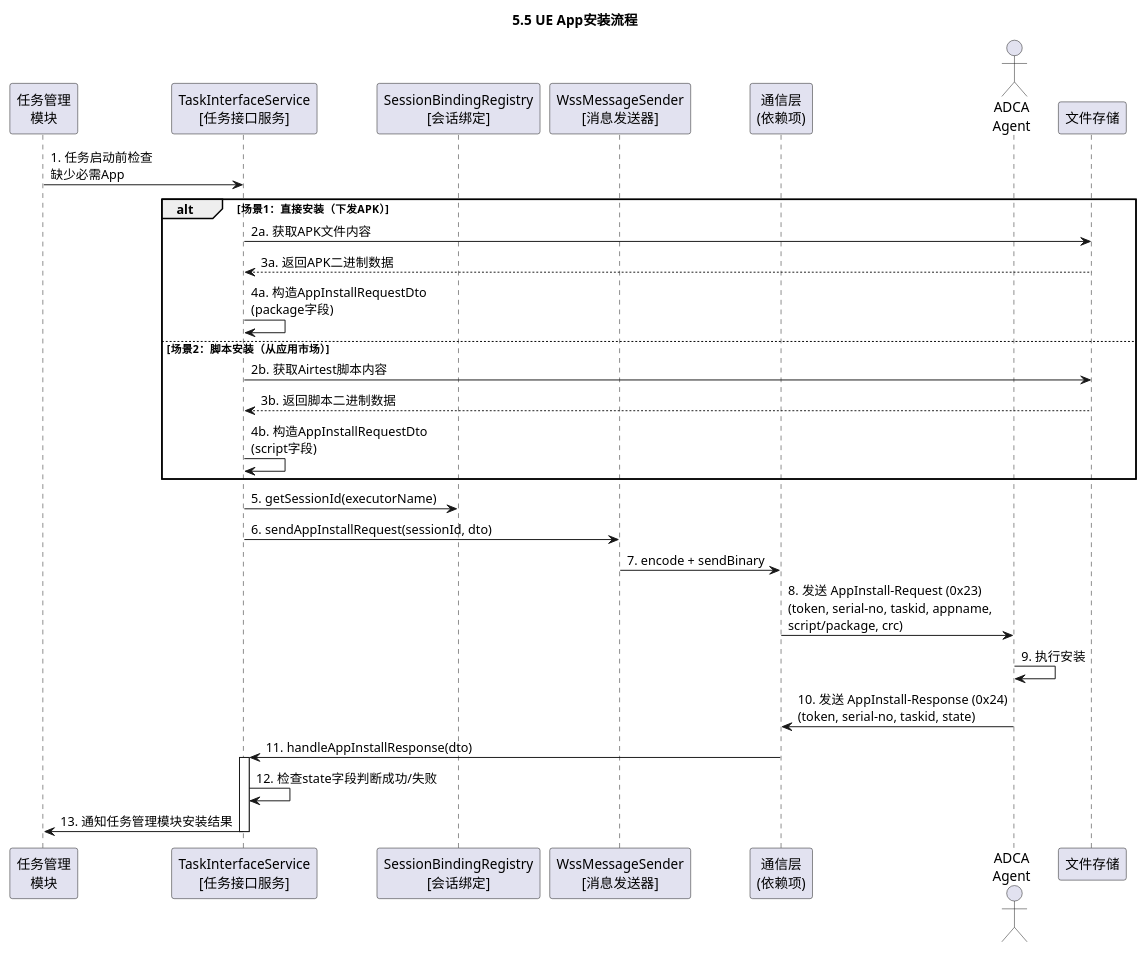
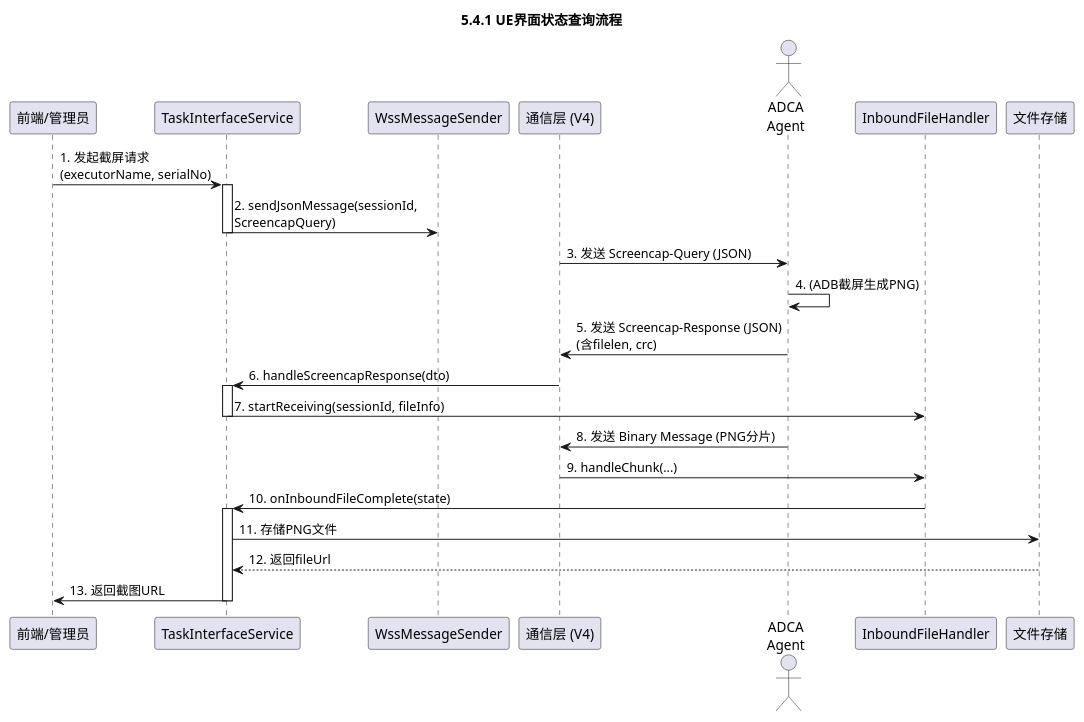
One commit to GuiHongli/DialTestCenter changed the eighth of 10 diagrams in AR软件实现设计文档/执行机管理/执行机管理-业务逻辑设计.md. Above: the diagram before and after it, drawn with PlantUML. The commit also changed other lines of this file and 48 other files, not shown here.

````diff
--- a/AR软件实现设计文档/执行机管理/执行机管理-业务逻辑设计.md
+++ b/AR软件实现设计文档/执行机管理/执行机管理-业务逻辑设计.md
@@ -684,44 +637,40 @@
 ```plantuml
 @startuml
-title 5.5 UE App安装流程
+title 5.4.1 UE界面状态查询流程
 
-participant "任务管理\n模块" as TaskMgmt
-participant "TaskInterfaceService\n[任务接口服务]" as TaskService
-participant "SessionBindingRegistry\n[会话绑定]" as BindingRegistry
-participant "WssMessageSender\n[消息发送器]" as Sender
-participant "通信层\n(依赖项)" as CommLayer
+participant "前端/管理员" as Admin
+participant "TaskInterfaceService" as TaskService
+participant "WssMessageSender" as Sender
+participant "通信层 (V4)" as CommLayer
 actor "ADCA\nAgent" as Agent
+participant "InboundFileHandler" as InboundHandler
 participant "文件存储" as Storage
 
-TaskMgmt -> TaskService : 1. 任务启动前检查\n缺少必需App
+Admin -> TaskService : 1. 发起截屏请求\n(executorName, serialNo)
+activate TaskService
+    TaskService -> Sender : 2. sendJsonMessage(sessionId,\nScreencapQuery)
+deactivate TaskService
 
-alt 场景1：直接安装（下发APK）
-    TaskService -> Storage : 2a. 获取APK文件内容
-    Storage --> TaskService : 3a. 返回APK二进制数据
-    TaskService -> TaskService : 4a. 构造AppInstallRequestDto\n(package字段)
-else 场景2：脚本安装（从应用市场）
-    TaskService -> Storage : 2b. 获取Airtest脚本内容
-    Storage --> TaskService : 3b. 返回脚本二进制数据
-    TaskService -> TaskService : 4b. 构造AppInstallRequestDto\n(script字段)
-end
+CommLayer -> Agent : 3. 发送 Screencap-Query (JSON)
 
-TaskService -> BindingRegistry : 5. getSessionId(executorName)
-TaskService -> Sender : 6. sendAppInstallRequest(sessionId, dto)
+Agent -> Agent : 4. (ADB截屏生成PNG)
 
-Sender -> CommLayer : 7. encode + sendBinary
+Agent -> CommLayer : 5. 发送 Screencap-Response (JSON)\n(含filelen, crc)
 
-CommLayer -> Agent : 8. 发送 AppInstall-Request (0x23)\n(token, serial-no, taskid, appname,\nscript/package, crc)
+CommLayer -> TaskService : 6. handleScreencapResponse(dto)
+activate TaskService
+    TaskService -> InboundHandler : 7. startReceiving(sessionId, fileInfo)
+deactivate TaskService
 
-Agent -> Agent : 9. 执行安装
+Agent -> CommLayer : 8. 发送 Binary Message (PNG分片)
+CommLayer -> InboundHandler : 9. handleChunk(...)
 
-Agent -> CommLayer : 10. 发送 AppInstall-Response (0x24)\n(token, serial-no, taskid, state)
-
-CommLayer -> TaskService : 11. handleAppInstallResponse(dto)
-
+InboundHandler -> TaskService : 10. onInboundFileComplete(state)
 activate TaskService
-    TaskService -> TaskService : 12. 检查state字段判断成功/失败
-    TaskService -> TaskMgmt : 13. 通知任务管理模块安装结果
+    TaskService -> Storage : 11. 存储PNG文件
+    Storage --> TaskService : 12. 返回fileUrl
+    TaskService -> Admin : 13. 返回截图URL
 deactivate TaskService
 
 @enduml
 ```
````
